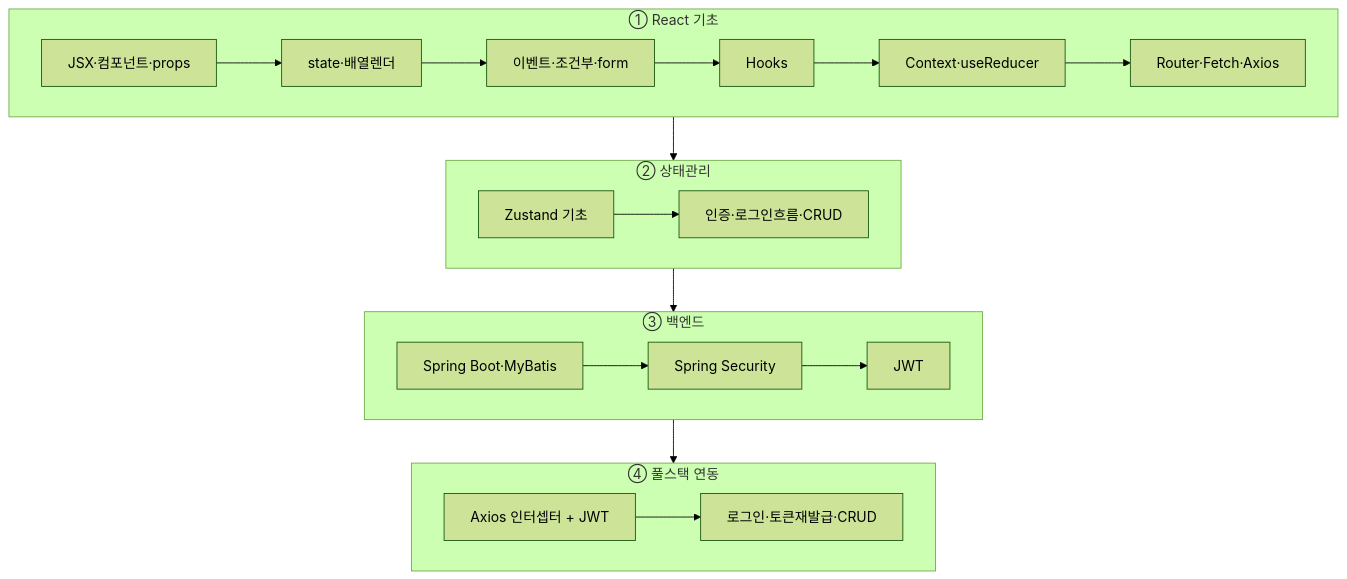
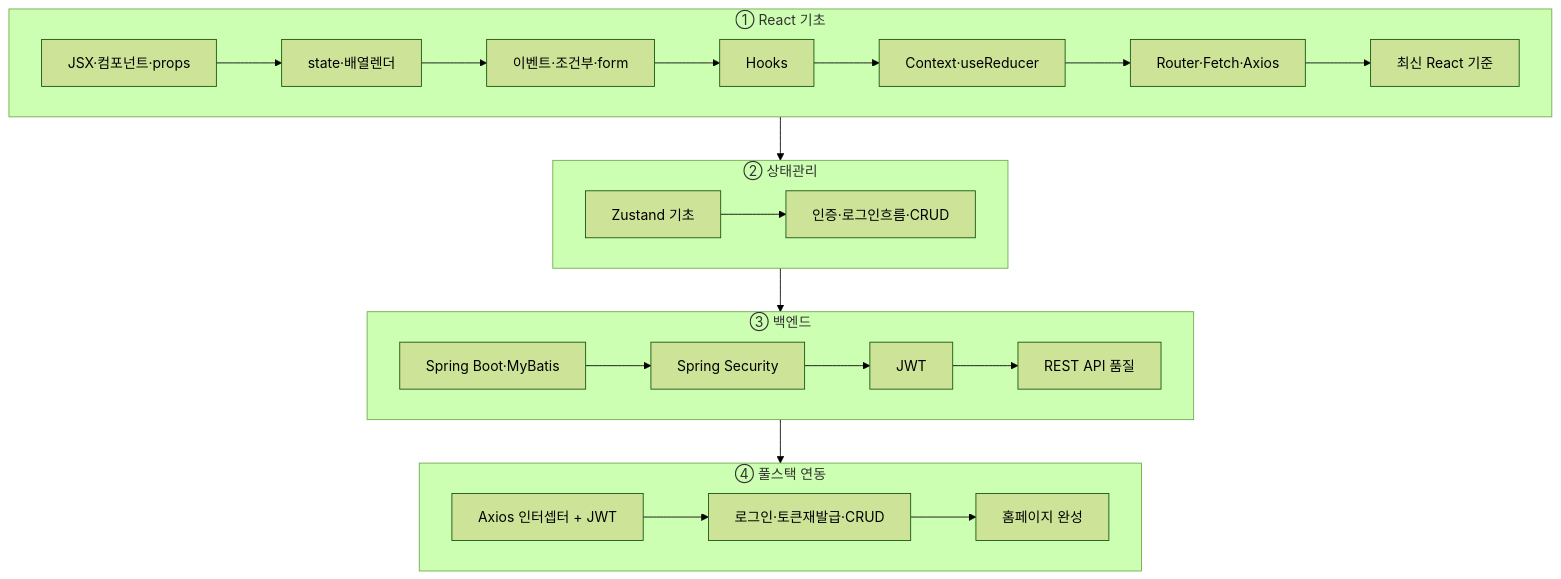
One commit to notetester/REACT changed the first of 2 diagrams in docs/index.md. Above: the diagram before and after it, drawn with Mermaid (forest theme). The commit also changed other lines of this file and 17 other files, not shown here.

Commit message:
Expand modern React and Spring Boot learning guide

````diff
--- a/docs/index.md
+++ b/docs/index.md
@@ -13,17 +13,17 @@
 ```mermaid
 flowchart TD
   subgraph R["① React 기초"]
     R1[JSX·컴포넌트·props] --> R2[state·배열렌더] --> R3[이벤트·조건부·form]
-    R3 --> R4[Hooks] --> R5[Context·useReducer] --> R6[Router·Fetch·Axios]
+    R3 --> R4[Hooks] --> R5[Context·useReducer] --> R6[Router·Fetch·Axios] --> R7[최신 React 기준]
   end
   subgraph Z["② 상태관리"]
     Z1[Zustand 기초] --> Z2[인증·로그인흐름·CRUD]
   end
   subgraph S["③ 백엔드"]
-    S1[Spring Boot·MyBatis] --> S2[Spring Security] --> S3[JWT]
+    S1[Spring Boot·MyBatis] --> S2[Spring Security] --> S3[JWT] --> S4[REST API 품질]
   end
   subgraph I["④ 풀스택 연동"]
-    I1[Axios 인터셉터 + JWT] --> I2[로그인·토큰재발급·CRUD]
+    I1[Axios 인터셉터 + JWT] --> I2[로그인·토큰재발급·CRUD] --> I3[홈페이지 완성]
   end
   R --> Z --> S --> I
 ```
````
